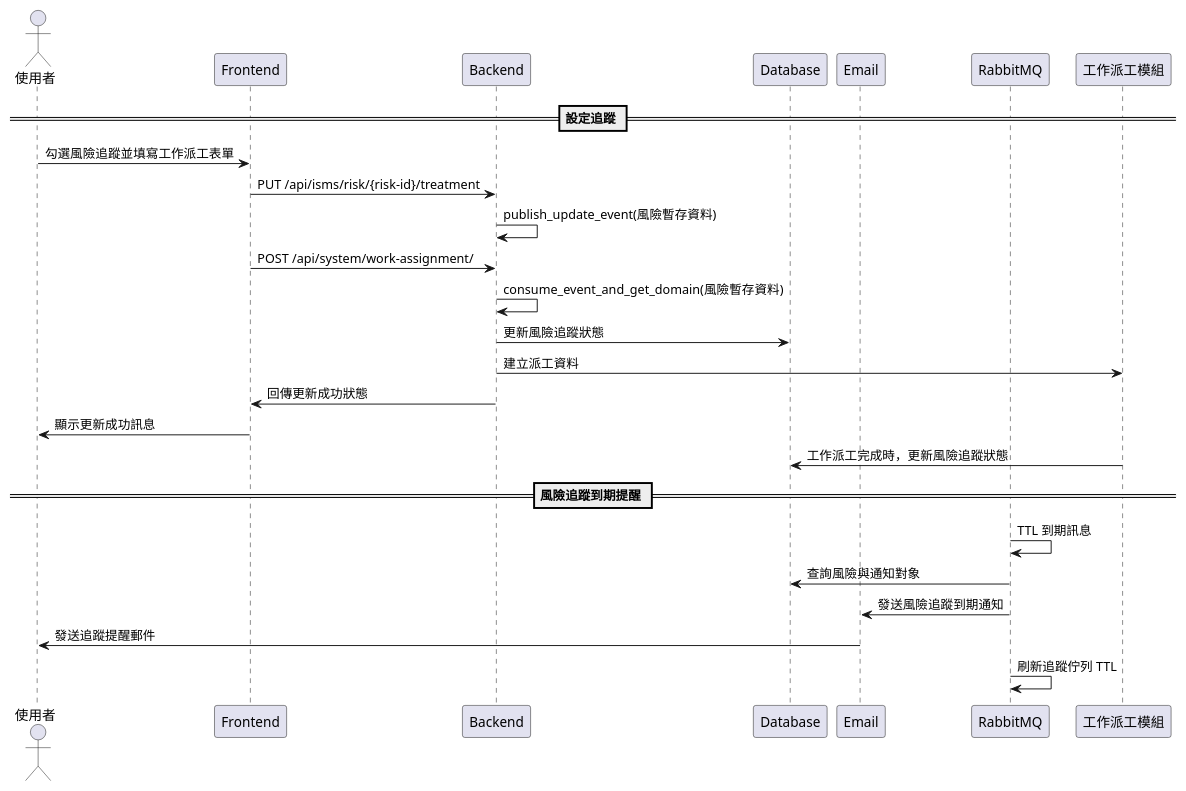
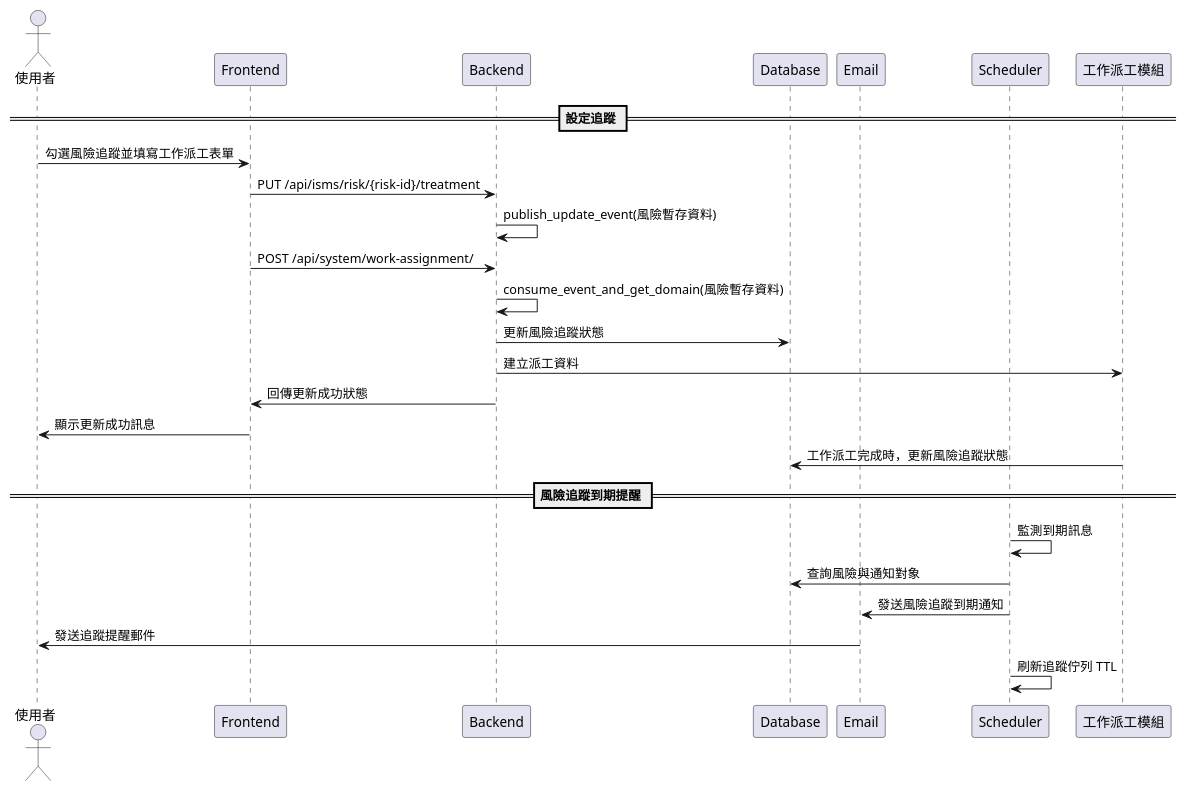
One commit to walle45611/NTUB_SecuManag_Diagram changed the diagram in plantUML/sequence/risk_tracking.puml. Above: the diagram before and after it, drawn with PlantUML.

Commit message:
(modify): 風險追蹤循序圖調整 (#74)
* modify: 調整風險追蹤到期提醒中的訊息描述

* modify: 將風險追蹤到期提醒中的 Queue 參與者更改為 Scheduler

```diff
--- a/plantUML/sequence/risk_tracking.puml
+++ b/plantUML/sequence/risk_tracking.puml
@@ -1,30 +1,30 @@
 @startuml
 
 actor User as "使用者"
 participant Frontend
 participant Backend
 participant Database
 participant Email
-participant Queue as "RabbitMQ"
+participant Scheduler
 participant "工作派工模組" as WorkAssignmentModule
 
 == 設定追蹤 ==
 User -> Frontend: 勾選風險追蹤並填寫工作派工表單
 Frontend -> Backend: PUT /api/isms/risk/{risk-id}/treatment
 Backend -> Backend: publish_update_event(風險暫存資料)
 Frontend -> Backend: POST /api/system/work-assignment/
 Backend -> Backend: consume_event_and_get_domain(風險暫存資料)
 Backend -> Database: 更新風險追蹤狀態
 Backend -> WorkAssignmentModule: 建立派工資料
 Backend -> Frontend: 回傳更新成功狀態
 Frontend -> User: 顯示更新成功訊息
 WorkAssignmentModule -> Database: 工作派工完成時，更新風險追蹤狀態
 
 == 風險追蹤到期提醒 ==
-Queue -> Queue: TTL 到期訊息
-Queue -> Database: 查詢風險與通知對象
-Queue -> Email: 發送風險追蹤到期通知
+Scheduler -> Scheduler: 監測到期訊息
+Scheduler -> Database: 查詢風險與通知對象
+Scheduler -> Email: 發送風險追蹤到期通知
 Email -> User: 發送追蹤提醒郵件
-Queue -> Queue: 刷新追蹤佇列 TTL
+Scheduler -> Scheduler: 刷新追蹤佇列 TTL
 
 @enduml
```
